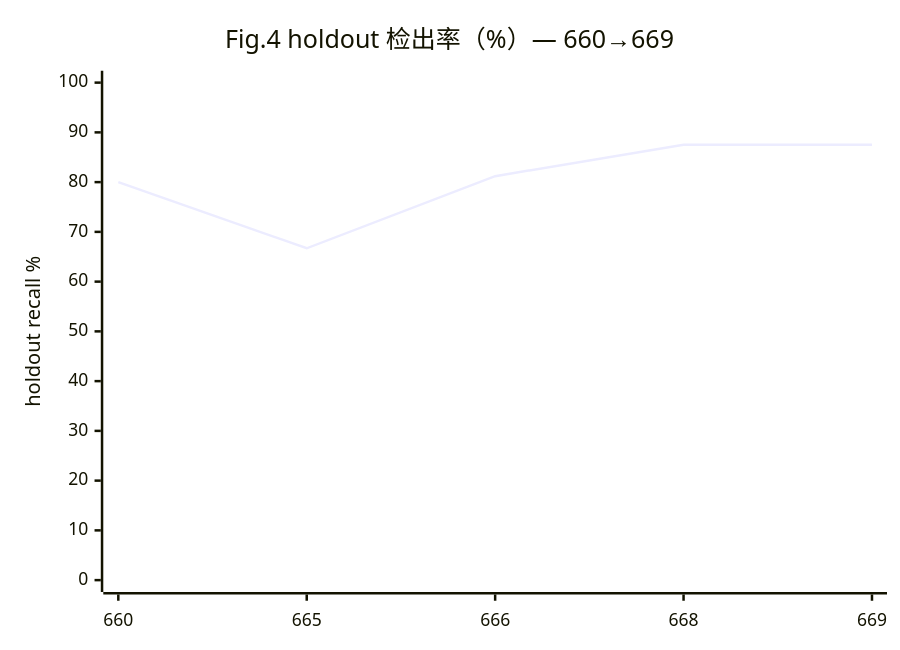
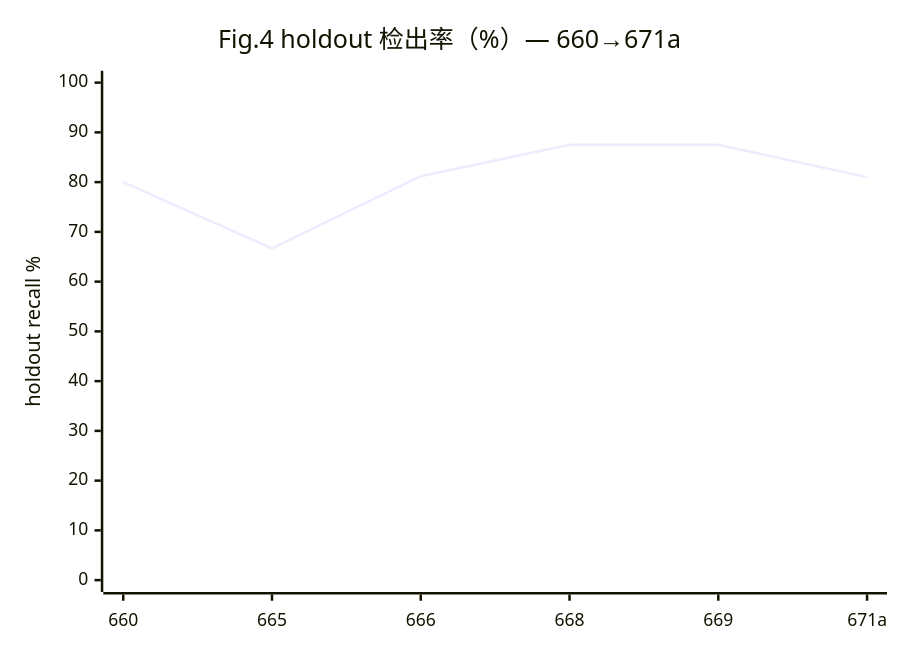
The fourth of 4 diagrams in research/paper_v0.9.md (LiaoRanran/CPP-Bible), drawn with Mermaid before and after one commit. The commit also changed other lines of this file and 13 other files, not shown here.

````diff
--- a/research/paper_v0.9.md
+++ b/research/paper_v0.9.md
@@ -346,7 +392,7 @@
 ```mermaid
 xychart-beta
-    title "Fig.4 holdout 检出率（%）— 660→669"
-    x-axis ["660", "665", "666", "668", "669"]
+    title "Fig.4 holdout 检出率（%）— 660→671a"
+    x-axis ["660", "665", "666", "668", "669", "671a"]
     y-axis "holdout recall %" 0 --> 100
-    line [80.0, 66.7, 81.2, 87.5, 87.5]
+    line [80.0, 66.7, 81.2, 87.5, 87.5, 81.0]
 ```
````
